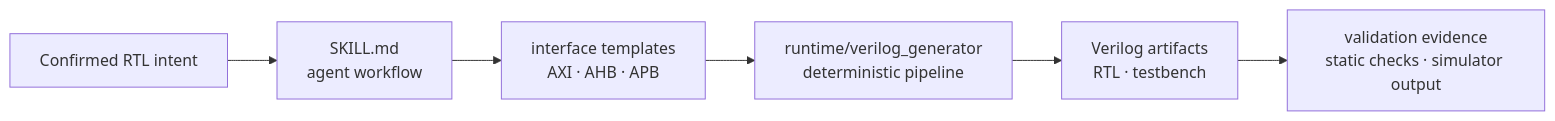
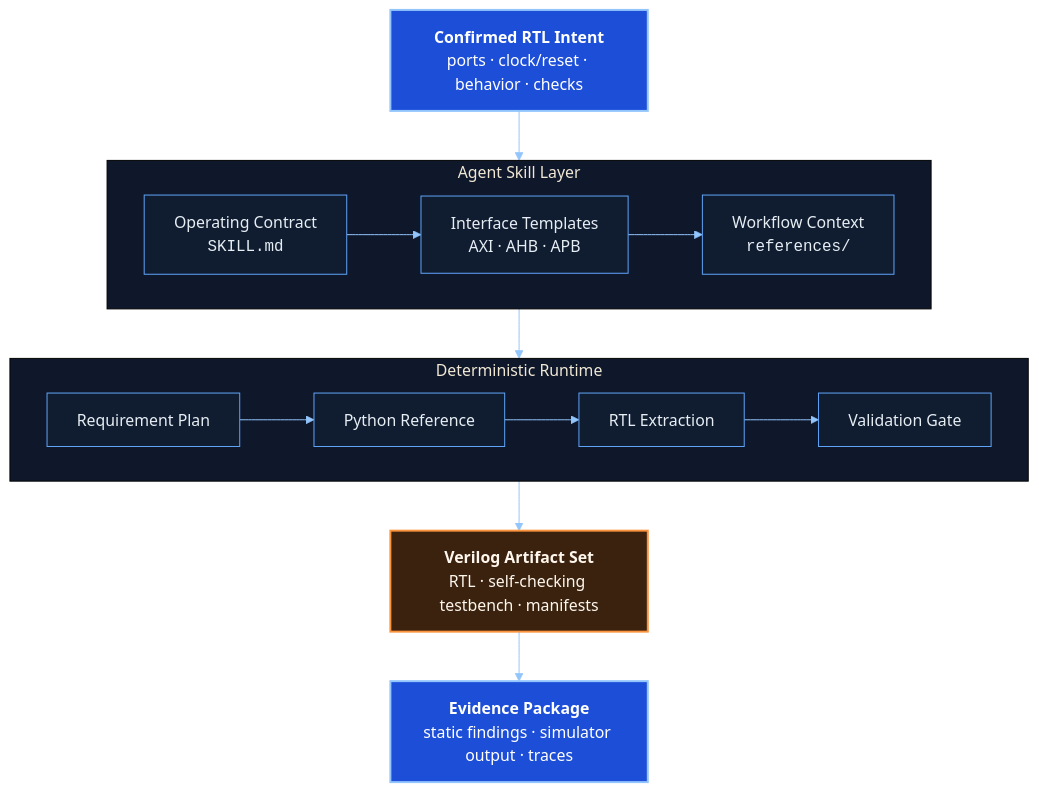
One commit to Eriemon/verilog-generator changed the first of 2 diagrams in README.md. Above: the diagram before and after it, drawn with Mermaid. The commit also changed other lines of this file and 4 other files, not shown here.

Commit message:
Polish README diagrams and release metadata

````diff
--- a/README.md
+++ b/README.md
@@ -42,8 +43,33 @@
 ```mermaid
-flowchart LR
-    intent["Confirmed RTL intent"] --> skill["SKILL.md<br/>agent workflow"]
-    skill --> templates["interface templates<br/>AXI · AHB · APB"]
-    templates --> runtime["runtime/verilog_generator<br/>deterministic pipeline"]
-    runtime --> rtl["Verilog artifacts<br/>RTL · testbench"]
-    rtl --> evidence["validation evidence<br/>static checks · simulator output"]
+%%{init: {"theme": "base", "themeVariables": {"background": "#0b1220", "primaryColor": "#101d31", "primaryTextColor": "#e6edf3", "primaryBorderColor": "#60a5fa", "lineColor": "#93c5fd", "secondaryColor": "#17233a", "tertiaryColor": "#0f172a", "fontFamily": "Inter, Segoe UI, Arial"}}}%%
+flowchart TB
+    intent["<b>Confirmed RTL Intent</b><br/>ports · clock/reset · behavior · checks"]
+
+    subgraph skill["Agent Skill Layer"]
+      direction LR
+      guide["Operating Contract<br/><code>SKILL.md</code>"]
+      templates["Interface Templates<br/>AXI · AHB · APB"]
+      refs["Workflow Context<br/><code>references/</code>"]
+    end
+
+    subgraph runtime["Deterministic Runtime"]
+      direction LR
+      plan["Requirement Plan"]
+      oracle["Python Reference"]
+      rtl["RTL Extraction"]
+      gate["Validation Gate"]
+    end
+
+    artifacts["<b>Verilog Artifact Set</b><br/>RTL · self-checking testbench · manifests"]
+    evidence["<b>Evidence Package</b><br/>static findings · simulator output · traces"]
+
+    intent --> guide --> templates --> refs --> plan
+    plan --> oracle --> rtl --> gate --> artifacts --> evidence
+
+    classDef anchor fill:#1d4ed8,stroke:#93c5fd,color:#ffffff,stroke-width:2px;
+    classDef node fill:#101d31,stroke:#60a5fa,color:#e6edf3;
+    classDef output fill:#3a220f,stroke:#fb923c,color:#fff7ed,stroke-width:2px;
+    class intent,evidence anchor;
+    class guide,templates,refs,plan,oracle,rtl,gate node;
+    class artifacts output;
 ```
````
